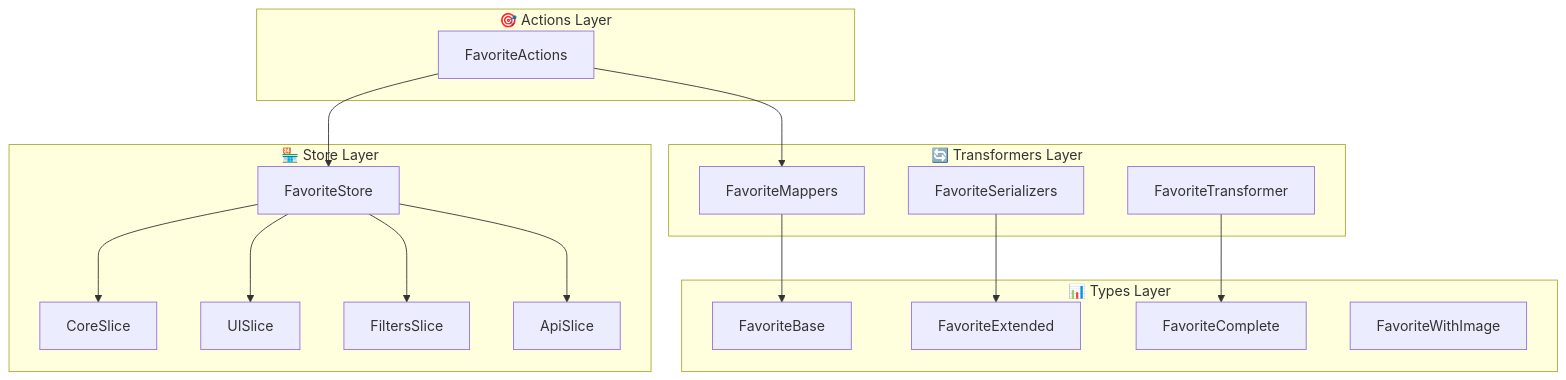
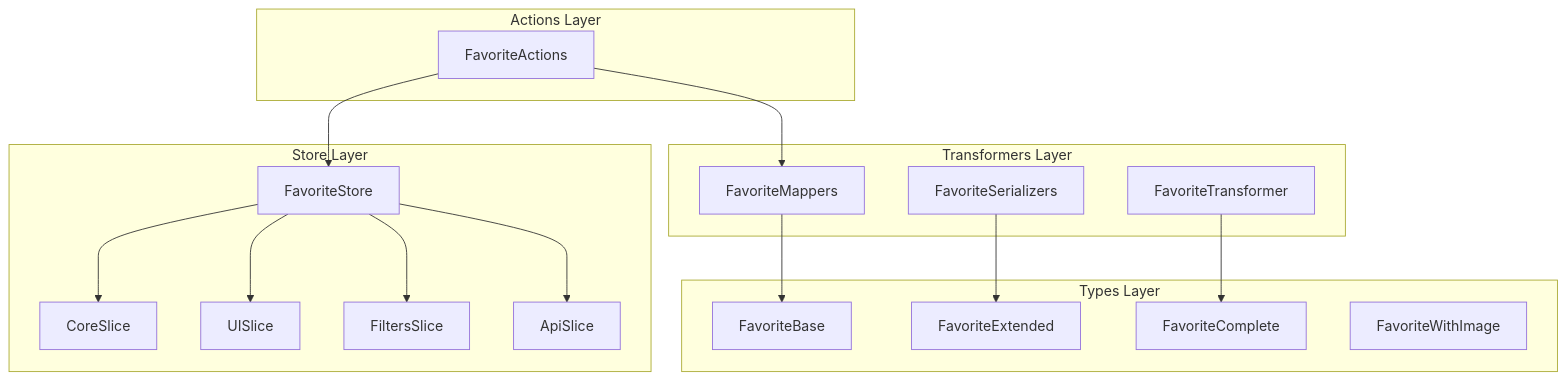
Before and after one commit to gvastethecreator/media-manager: the first of 3 diagrams in src/store/entities/favorite/README.md, drawn with Mermaid. The commit also changed other lines of this file and 104 other files, not shown here.

Commit message:
docs: initialize comprehensive architectural documentation and component-level README files across the repository.

````diff
--- a/src/store/entities/favorite/README.md
+++ b/src/store/entities/favorite/README.md
@@ -7,39 +9,39 @@
 ```mermaid
 graph TB
-    subgraph "🏪 Store Layer"
+    subgraph "Store Layer"
         FS[FavoriteStore]
         CS[CoreSlice]
         US[UISlice]
         FLS[FiltersSlice]
         AS[ApiSlice]
     end
 
-    subgraph "🔄 Transformers Layer"
+    subgraph "Transformers Layer"
         FM[FavoriteMappers]
         FSE[FavoriteSerializers]
         FT[FavoriteTransformer]
     end
 
-    subgraph "📊 Types Layer"
+    subgraph "Types Layer"
         FB[FavoriteBase]
         FE[FavoriteExtended]
         FC[FavoriteComplete]
         FWI[FavoriteWithImage]
     end
 
-    subgraph "🎯 Actions Layer"
+    subgraph "Actions Layer"
         FA[FavoriteActions]
     end
 
     FS --> CS
     FS --> US
     FS --> FLS
     FS --> AS
 
     FM --> FB
     FSE --> FE
     FT --> FC
 
     FA --> FS
     FA --> FM
 ```
````
